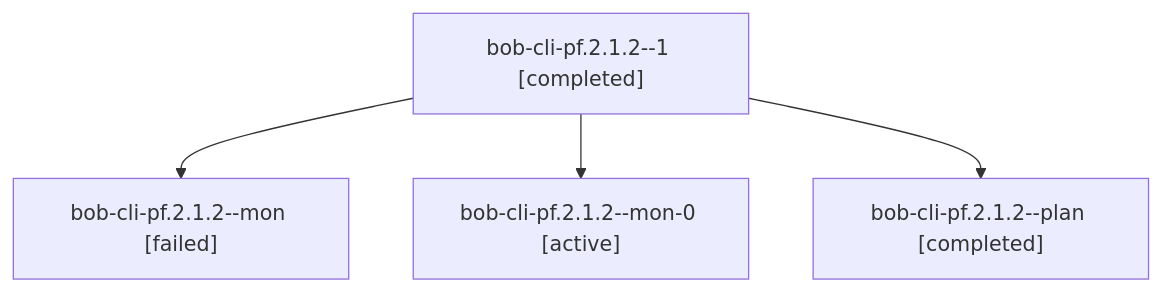
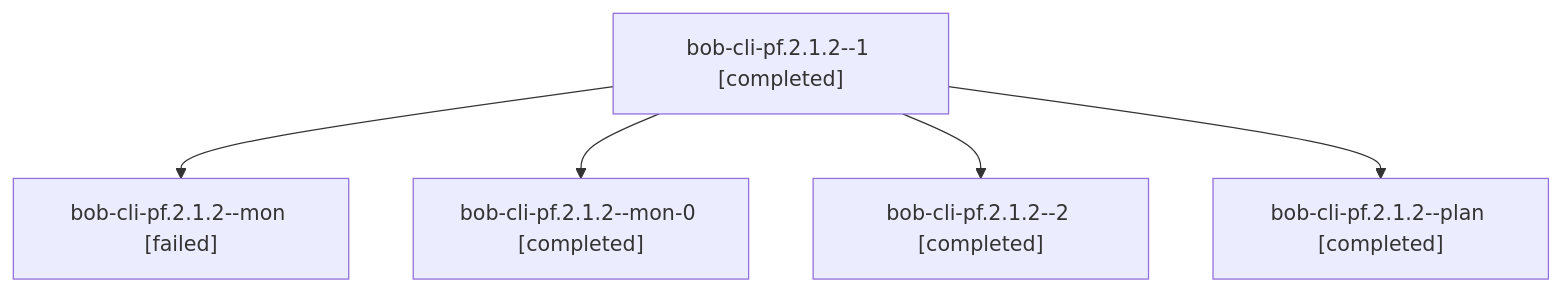
One commit to bobs-org/bob-cli--agents changed the diagram in sessions/bbugyi200.apollo.bob-cli-pf.2.1.2.md. Above: the diagram before and after it, drawn with Mermaid. The commit also changed other lines of this file and 67 other files, not shown here.

````diff
--- a/sessions/bbugyi200.apollo.bob-cli-pf.2.1.2.md
+++ b/sessions/bbugyi200.apollo.bob-cli-pf.2.1.2.md
@@ -9,10 +9,12 @@
 ```mermaid
 flowchart TD
   n0["bob-cli-pf.2.1.2--1 [completed]"]
   n1["bob-cli-pf.2.1.2--mon [failed]"]
   n0 --> n1
-  n2["bob-cli-pf.2.1.2--mon-0 [active]"]
+  n2["bob-cli-pf.2.1.2--mon-0 [completed]"]
   n0 --> n2
-  n3["bob-cli-pf.2.1.2--plan [completed]"]
+  n3["bob-cli-pf.2.1.2--2 [completed]"]
   n0 --> n3
+  n4["bob-cli-pf.2.1.2--plan [completed]"]
+  n0 --> n4
 ```
````
